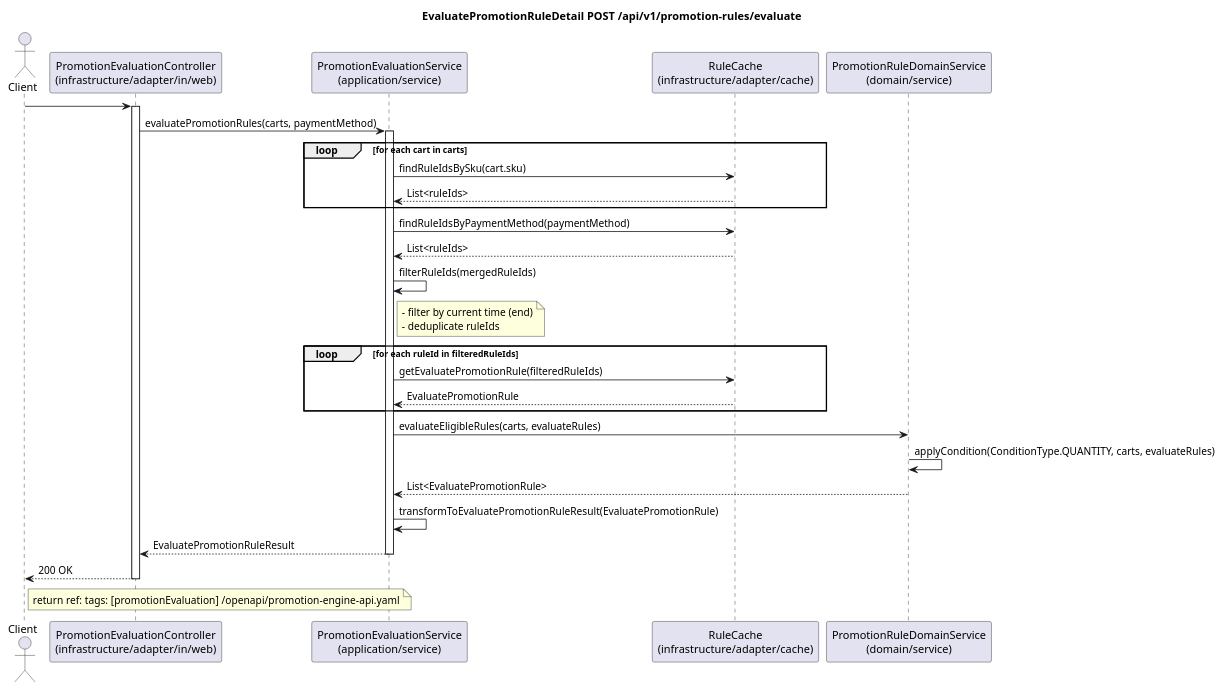
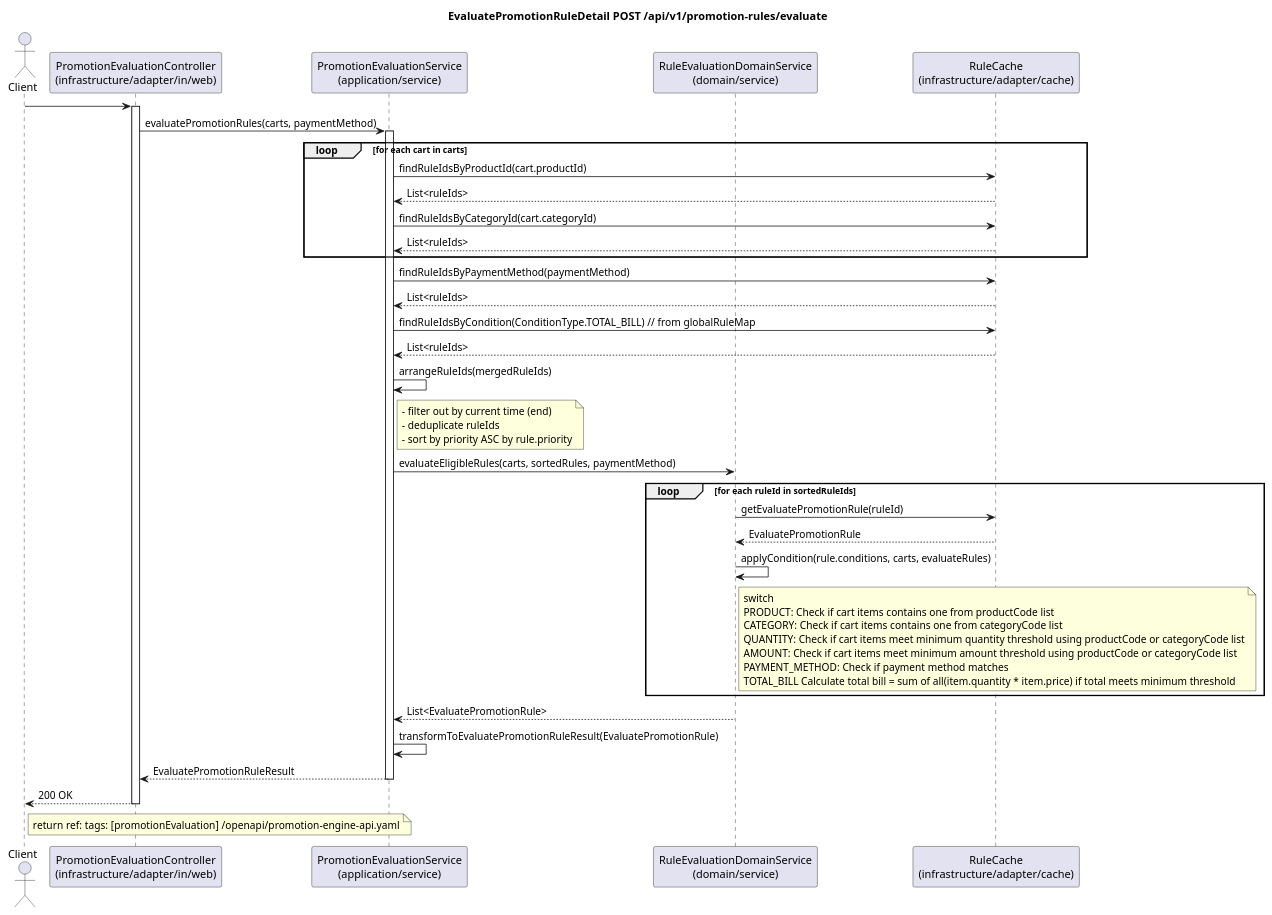
The diagram in src/main/resources/sequence-diagram/evaluate-promotion.puml (champ-sukra/clean-spring-boot), drawn with PlantUML before and after one commit. The commit also changed 21 other files, not shown here.

Commit message:
support payment-method, category condition types

```diff
--- a/src/main/resources/sequence-diagram/evaluate-promotion.puml
+++ b/src/main/resources/sequence-diagram/evaluate-promotion.puml
@@ -1,76 +1,94 @@
 @startuml
 'https://plantuml.com/sequence-diagram
 
 title EvaluatePromotionRuleDetail POST /api/v1/promotion-rules/evaluate
 
 actor Client
 participant "PromotionEvaluationController\n(infrastructure/adapter/in/web)" as Controller
 participant "PromotionEvaluationService\n(application/service)" as Service
+participant "RuleEvaluationDomainService\n(domain/service)" as DomainService
 participant "RuleCache\n(infrastructure/adapter/cache)" as Cache
-participant "PromotionRuleDomainService\n(domain/service)" as DomainService
 
 Client -> Controller
 activate Controller
 'Controller -> Controller: validateQueryParams
 'alt invalid parameters
 '    Client <-- Controller: 400
 '    note right of Client
 '    {
 '      "code": "invalid_request",
 '      "message": "Invalid status value"
 '    }
 '    end note
 '    deactivate Controller
 'end
 
 
 
 'RuleIndex -> RuleIndex: lookup SKU ruleIds\n( product_rule_map[sku] )
 'RuleIndex -> RuleIndex: lookup category ruleIds\n( category_rule_map[category] )
 'RuleIndex -> RuleIndex: lookup payment ruleIds\n( payment_rule_map[payment] )
 'RuleIndex -> RuleIndex: lookup segment ruleIds\n( segment_rule_map[segment] )
 
 
 Controller -> Service: evaluatePromotionRules(carts, paymentMethod)
 activate Service
 
-'Service -> DomainService: evaluatePromotionRules(carts, paymentMethod)
-'activate DomainService
+loop for each cart in carts
+    Service -> Cache: findRuleIdsByProductId(cart.productId)
+    Service <-- Cache: List<ruleIds>
 
-loop for each cart in carts
-    Service -> Cache: findRuleIdsBySku(cart.sku)
-    Service <-- Cache: List<ruleIds>
+    Service -> Cache: findRuleIdsByCategoryId(cart.categoryId)
+        Service <-- Cache: List<ruleIds>
 end
 Service -> Cache: findRuleIdsByPaymentMethod(paymentMethod)
 Service <-- Cache: List<ruleIds>
 
-Service -> Service: filterRuleIds(mergedRuleIds)
+Service -> Cache: findRuleIdsByCondition(ConditionType.TOTAL_BILL) // from globalRuleMap
+Service <-- Cache: List<ruleIds>
+
+Service -> Service: arrangeRuleIds(mergedRuleIds)
 note right of Service
-- filter by current time (end)
+- filter out by current time (end)
 - deduplicate ruleIds
+- sort by priority ASC by rule.priority
 end note
-loop for each ruleId in filteredRuleIds
-    Service -> Cache: getEvaluatePromotionRule(filteredRuleIds)
-    Service <-- Cache: EvaluatePromotionRule
+
+Service -> DomainService: evaluateEligibleRules(carts, sortedRules, paymentMethod)
+
+loop for each ruleId in sortedRuleIds
+    DomainService -> Cache: getEvaluatePromotionRule(ruleId)
+    DomainService <-- Cache: EvaluatePromotionRule
+
+    DomainService -> DomainService: applyCondition(rule.conditions, carts, evaluateRules)
+    note right of DomainService
+    switch
+    PRODUCT: Check if cart items contains one from productCode list
+    CATEGORY: Check if cart items contains one from categoryCode list
+    QUANTITY: Check if cart items meet minimum quantity threshold using productCode or categoryCode list
+    AMOUNT: Check if cart items meet minimum amount threshold using productCode or categoryCode list
+    PAYMENT_METHOD: Check if payment method matches
+    TOTAL_BILL Calculate total bill = sum of all(item.quantity * item.price) if total meets minimum threshold
+    end note
+
 end
 
-Service -> DomainService: evaluateEligibleRules(carts, evaluateRules)
-DomainService -> DomainService: applyCondition(ConditionType.QUANTITY, carts, evaluateRules)
-note right of DomainService
-'- filter by quota
-'- sortEvaluatePromotionRulesByPriority
-end note
+'DomainService -> DomainService: filterByStacking(eligibleRules)
+'note right of DomainService
+'Apply stacking rules from promotion_stacking table
+'Filter out non-stackable combinations
+'end note
 Service <-- DomainService: List<EvaluatePromotionRule>
 
 
 Service -> Service: transformToEvaluatePromotionRuleResult(EvaluatePromotionRule)
 Service --> Controller: EvaluatePromotionRuleResult
 deactivate Service
 
 Controller --> Client: 200 OK
 note right of Client
 return ref: tags: [promotionEvaluation]  ~/openapi/promotion-engine-api.yaml
 end note
 deactivate Controller
 
 @enduml
```
